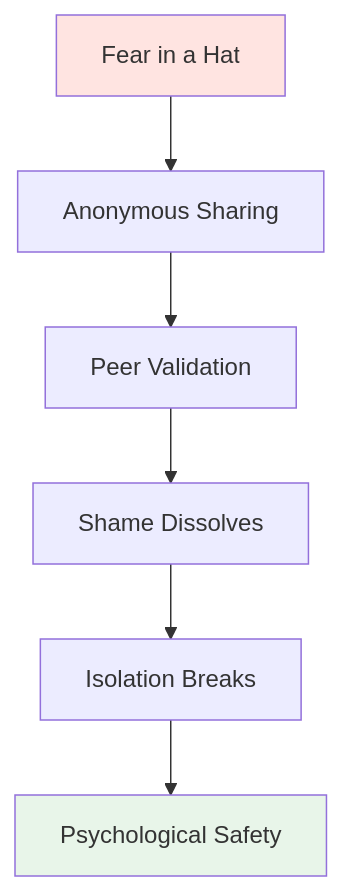
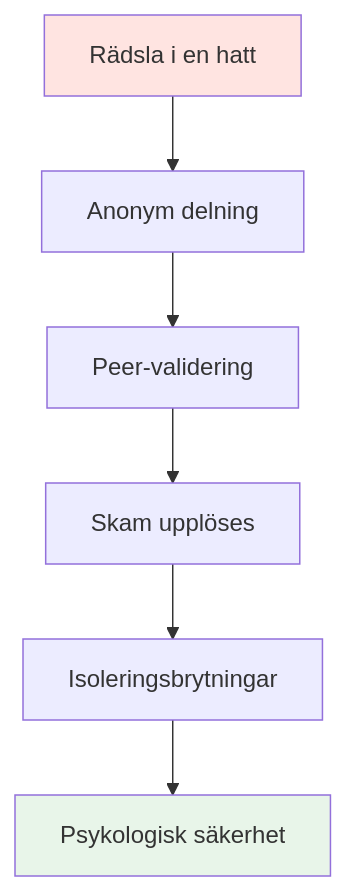
The fourth of 4 diagrams in docs/sv/workshop.md (patwii/petanque-academy), drawn with Mermaid before and after one commit. The commit also changed other lines of this file and 532 other files, not shown here.

````diff
--- a/docs/sv/workshop.md
+++ b/docs/sv/workshop.md
@@ -271,11 +399,11 @@
 ```mermaid
 graph TD
-    A[Fear in a Hat] --> B[Anonymous Sharing]
-    B --> C[Peer Validation]
-    C --> D[Shame Dissolves]
-    D --> E[Isolation Breaks]
-    E --> F[Psychological Safety]
+    A[Rädsla i en hatt] --> B[Anonym delning]
+    B --> C[Peer-validering]
+    C --> D[Skam upplöses]
+    D --> E[Isoleringsbrytningar]
+    E --> F[Psykologisk säkerhet]
 
     style A fill:#ffe4e1
     style F fill:#e8f5e9
 ```
````
